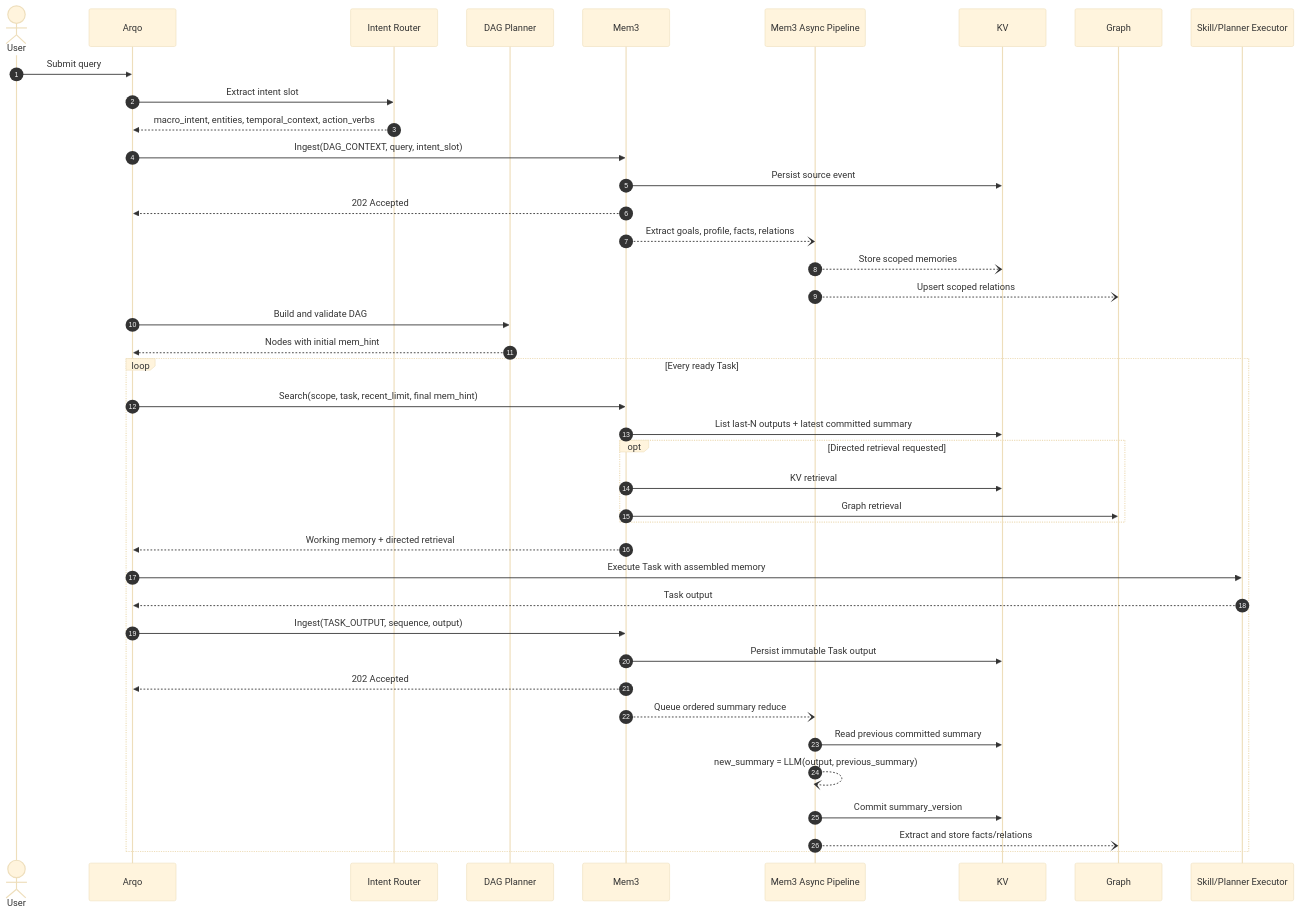
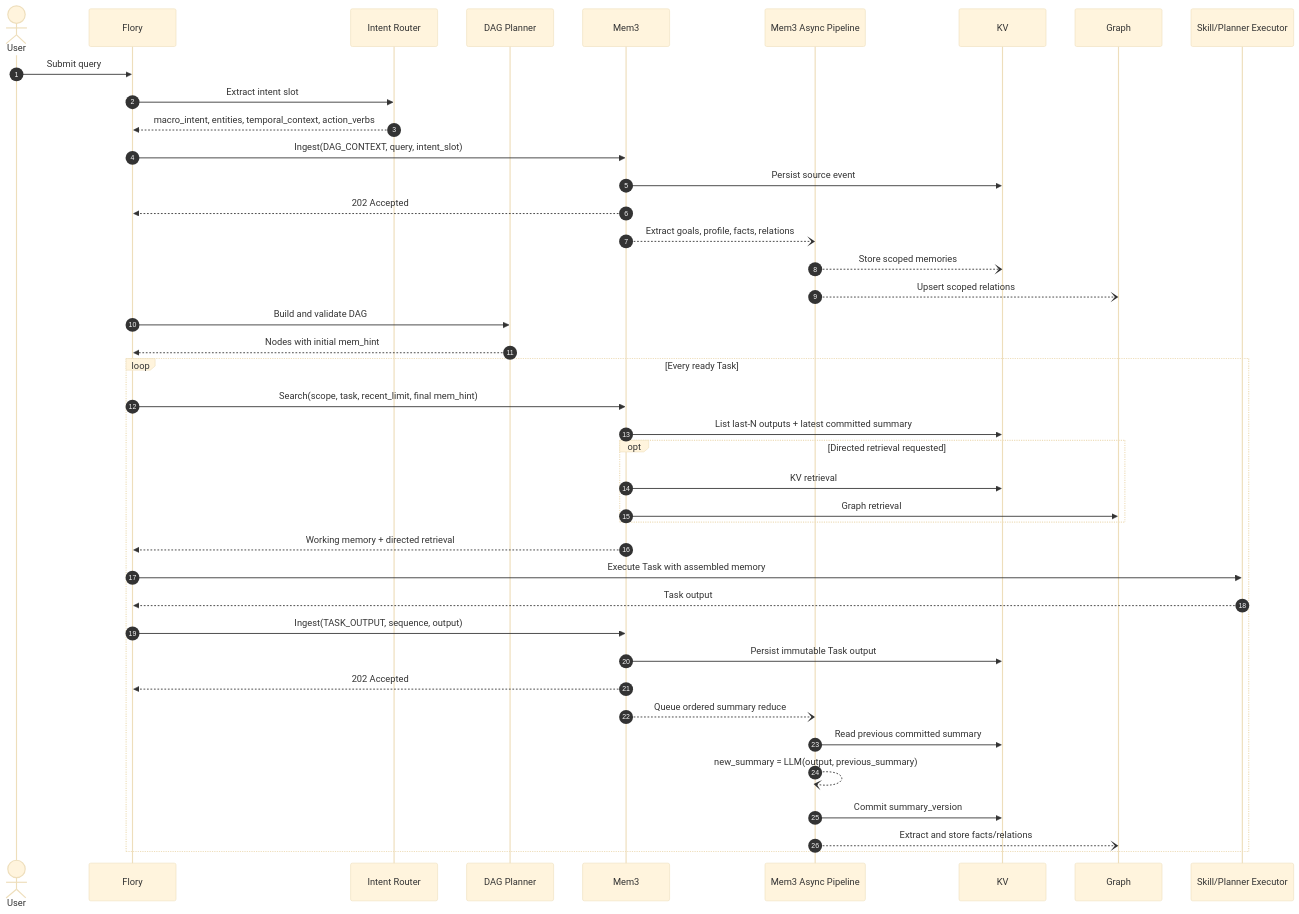
The first of 2 diagrams in doc/design/Mem3.md (linuxb/Aurora), drawn with Mermaid (base theme) before and after one commit. The commit also changed other lines of this file and 112 other files, not shown here.

Commit message:
refactor(flory): rename arqo scheduler service

````diff
--- a/doc/design/Mem3.md
+++ b/doc/design/Mem3.md
@@ -75,48 +75,48 @@
 ```mermaid
 sequenceDiagram
     autonumber
     actor User
-    participant Arqo
+    participant Flory
     participant Intent as Intent Router
     participant Planner as DAG Planner
     participant Mem3
     participant Async as Mem3 Async Pipeline
     participant KV
     participant Graph
     participant Worker as Skill/Planner Executor
 
-    User->>Arqo: Submit query
-    Arqo->>Intent: Extract intent slot
-    Intent-->>Arqo: macro_intent, entities, temporal_context, action_verbs
+    User->>Flory: Submit query
+    Flory->>Intent: Extract intent slot
+    Intent-->>Flory: macro_intent, entities, temporal_context, action_verbs
 
-    Arqo->>Mem3: Ingest(DAG_CONTEXT, query, intent_slot)
+    Flory->>Mem3: Ingest(DAG_CONTEXT, query, intent_slot)
     Mem3->>KV: Persist source event
-    Mem3-->>Arqo: 202 Accepted
+    Mem3-->>Flory: 202 Accepted
     Mem3--)Async: Extract goals, profile, facts, relations
     Async--)KV: Store scoped memories
     Async--)Graph: Upsert scoped relations
 
-    Arqo->>Planner: Build and validate DAG
-    Planner-->>Arqo: Nodes with initial mem_hint
+    Flory->>Planner: Build and validate DAG
+    Planner-->>Flory: Nodes with initial mem_hint
 
     loop Every ready Task
-        Arqo->>Mem3: Search(scope, task, recent_limit, final mem_hint)
+        Flory->>Mem3: Search(scope, task, recent_limit, final mem_hint)
         Mem3->>KV: List last-N outputs + latest committed summary
         opt Directed retrieval requested
             Mem3->>KV: KV retrieval
             Mem3->>Graph: Graph retrieval
         end
-        Mem3-->>Arqo: Working memory + directed retrieval
+        Mem3-->>Flory: Working memory + directed retrieval
 
-        Arqo->>Worker: Execute Task with assembled memory
-        Worker-->>Arqo: Task output
-        Arqo->>Mem3: Ingest(TASK_OUTPUT, sequence, output)
+        Flory->>Worker: Execute Task with assembled memory
+        Worker-->>Flory: Task output
+        Flory->>Mem3: Ingest(TASK_OUTPUT, sequence, output)
         Mem3->>KV: Persist immutable Task output
-        Mem3-->>Arqo: 202 Accepted
+        Mem3-->>Flory: 202 Accepted
         Mem3--)Async: Queue ordered summary reduce
         Async->>KV: Read previous committed summary
         Async--)Async: new_summary = LLM(output, previous_summary)
         Async->>KV: Commit summary_version
         Async--)Graph: Extract and store facts/relations
     end
 ```
````
